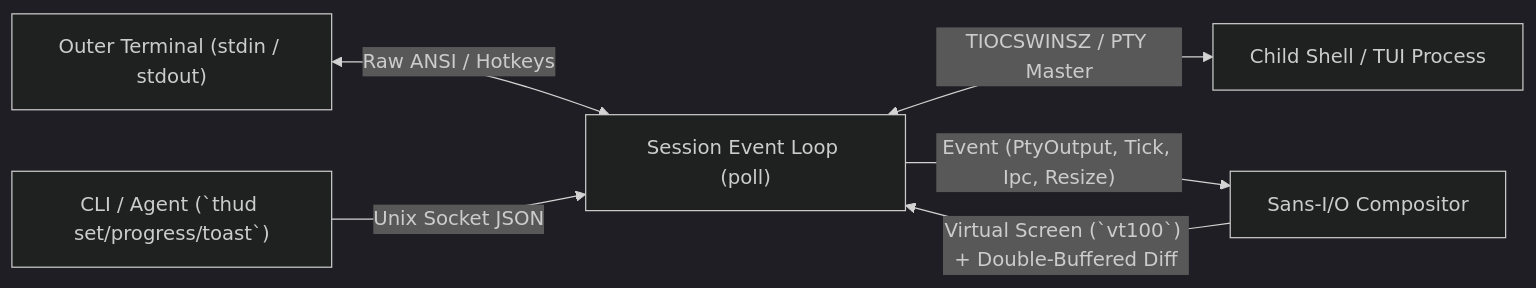
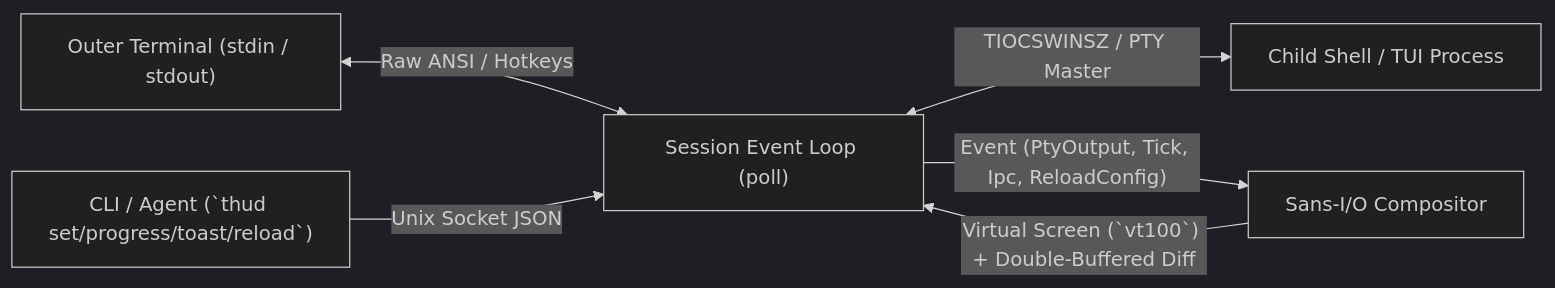
Before and after one commit to yamadayuki/thud: the diagram in README.md, drawn with Mermaid (dark theme). The commit also changed other lines of this file and 2 other files, not shown here.

````diff
--- a/README.md
+++ b/README.md
@@ -57,8 +65,8 @@
 ```mermaid
 flowchart LR
     User["Outer Terminal (stdin / stdout)"] <-->|"Raw ANSI / Hotkeys"| Session["Session Event Loop (poll)"]
     Session <-->|"TIOCSWINSZ / PTY Master"| Child["Child Shell / TUI Process"]
-    IPC["CLI / Agent (`thud set/progress/toast`)"] -->|"Unix Socket JSON"| Session
-    Session -->|"Event (PtyOutput, Tick, Ipc, Resize)"| Compositor["Sans-I/O Compositor"]
+    IPC["CLI / Agent (`thud set/progress/toast/reload`)"] -->|"Unix Socket JSON"| Session
+    Session -->|"Event (PtyOutput, Tick, Ipc, ReloadConfig)"| Compositor["Sans-I/O Compositor"]
     Compositor -->|"Virtual Screen (`vt100`) + Double-Buffered Diff"| Session
 ```
````
